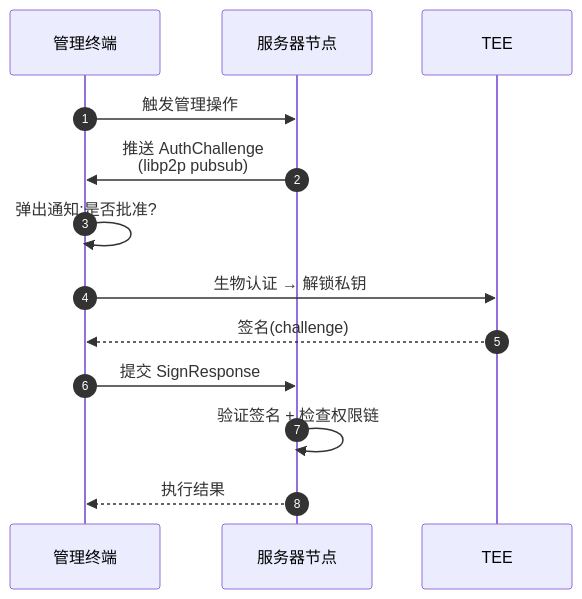
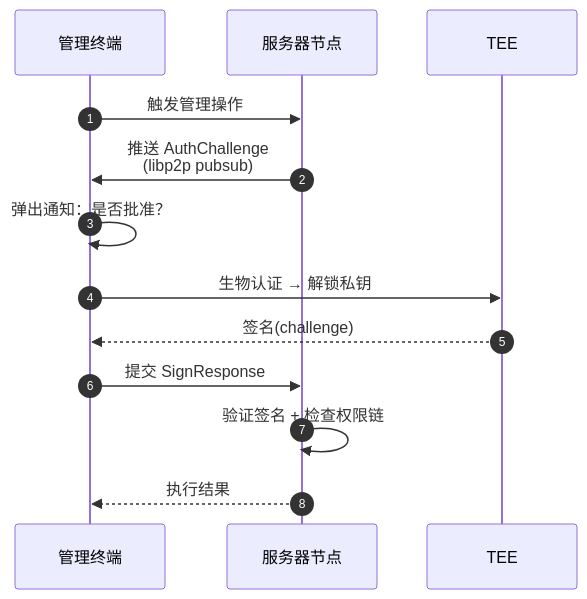
The fourth of 4 diagrams in pages/design/client.md (JLUCraft/docs), drawn with Mermaid before and after one commit. The commit also changed other lines of this file and 23 other files, not shown here.

````diff
--- a/pages/design/client.md
+++ b/pages/design/client.md
@@ -84,16 +84,16 @@
 ```mermaid
 sequenceDiagram
     autonumber
     participant Admin as 管理终端
     participant Srv as 服务器节点
     participant TEE
 
     Admin->>Srv: 触发管理操作
     Srv->>Admin: 推送 AuthChallenge<br/>(libp2p pubsub)
-    Admin->>Admin: 弹出通知:是否批准?
+    Admin->>Admin: 弹出通知：是否批准？
     Admin->>TEE: 生物认证 → 解锁私钥
     TEE-->>Admin: 签名(challenge)
     Admin->>Srv: 提交 SignResponse
     Srv->>Srv: 验证签名 + 检查权限链
     Srv-->>Admin: 执行结果
 ```
````
